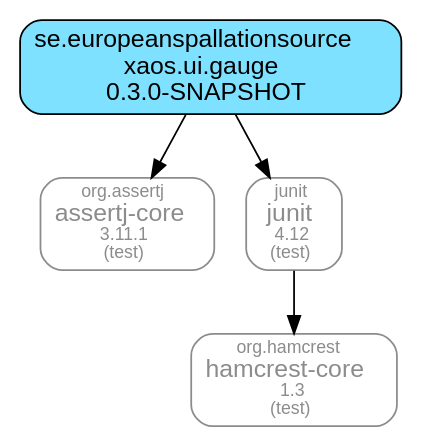
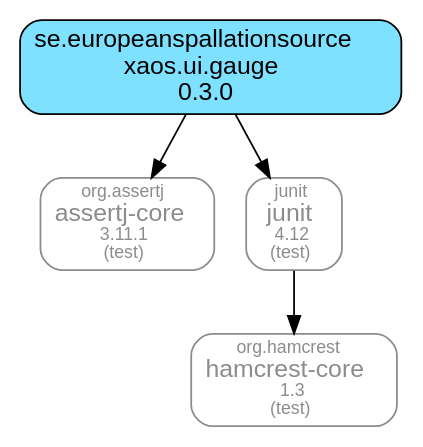
Before and after one commit to ESSICS/XAOS: the diagram in xaos.ui.gauge.module/doc/maven-dependencies.dot, drawn with Graphviz. The commit also changed 15 other files, not shown here.

```diff
--- a/xaos.ui.gauge.module/doc/maven-dependencies.dot
+++ b/xaos.ui.gauge.module/doc/maven-dependencies.dot
@@ -1,15 +1,15 @@
 digraph "xaos.ui.gauge" {
   node [shape="box",style="rounded",fontname="Helvetica",fontsize="14"]
   edge [fontsize="10",fontname="Helvetica"]
 
   // Node Definitions:
-  "se.europeanspallationsource:xaos.ui.gauge:jar"[shape="box",style="rounded, filled",fillcolor="#7DE1FF",label=<se.europeanspallationsource<br/>xaos.ui.gauge<br/>0.3.0-SNAPSHOT>]
+  "se.europeanspallationsource:xaos.ui.gauge:jar"[shape="box",style="rounded, filled",fillcolor="#7DE1FF",label=<se.europeanspallationsource<br/>xaos.ui.gauge<br/>0.3.0>]
   "org.assertj:assertj-core:jar"[shape="box",style="rounded",color="grey55",fontname="Helvetica",fontsize="14",fontcolor="grey55",label=<<font color="grey55" point-size="10">org.assertj</font><br/>assertj-core<font color="grey55" point-size="10"><br/>3.11.1</font><font color="grey55" point-size="10"><br/>(test)</font>>]
   "junit:junit:jar"[shape="box",style="rounded",color="grey55",fontname="Helvetica",fontsize="14",fontcolor="grey55",label=<<font color="grey55" point-size="10">junit</font><br/>junit<font color="grey55" point-size="10"><br/>4.12</font><font color="grey55" point-size="10"><br/>(test)</font>>]
   "org.hamcrest:hamcrest-core:jar"[shape="box",style="rounded",color="grey55",fontname="Helvetica",fontsize="14",fontcolor="grey55",label=<<font color="grey55" point-size="10">org.hamcrest</font><br/>hamcrest-core<font color="grey55" point-size="10"><br/>1.3</font><font color="grey55" point-size="10"><br/>(test)</font>>]
 
   // Edge Definitions:
   "se.europeanspallationsource:xaos.ui.gauge:jar" -> "org.assertj:assertj-core:jar"
   "junit:junit:jar" -> "org.hamcrest:hamcrest-core:jar"
   "se.europeanspallationsource:xaos.ui.gauge:jar" -> "junit:junit:jar"
 }
```
